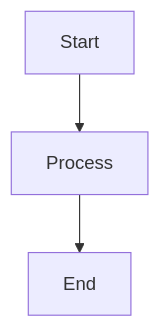
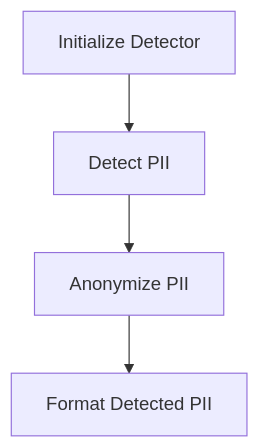
The diagram in README.md (ankitnwemp/demo), drawn with Mermaid before and after one commit. The commit also changed other lines of this file, not shown here.

````diff
--- a/README.md
+++ b/README.md
@@ -62,5 +85,6 @@
 ```mermaid
 graph TD;
-    A[Start] --> B[Process];
-    B --> C[End];
+    A[Initialize Detector] --> B[Detect PII];
+    B --> C[Anonymize PII];
+    C --> D[Format Detected PII];
 ```
````
